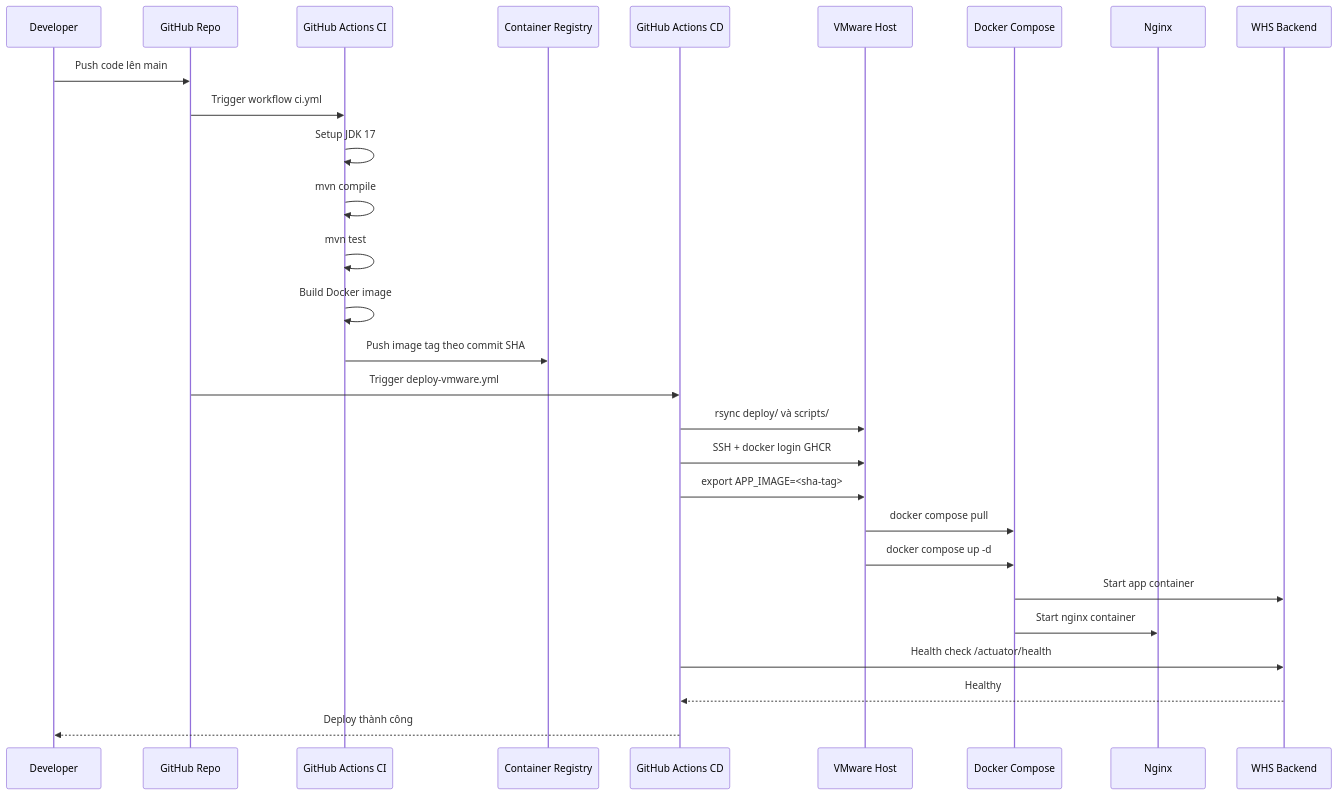
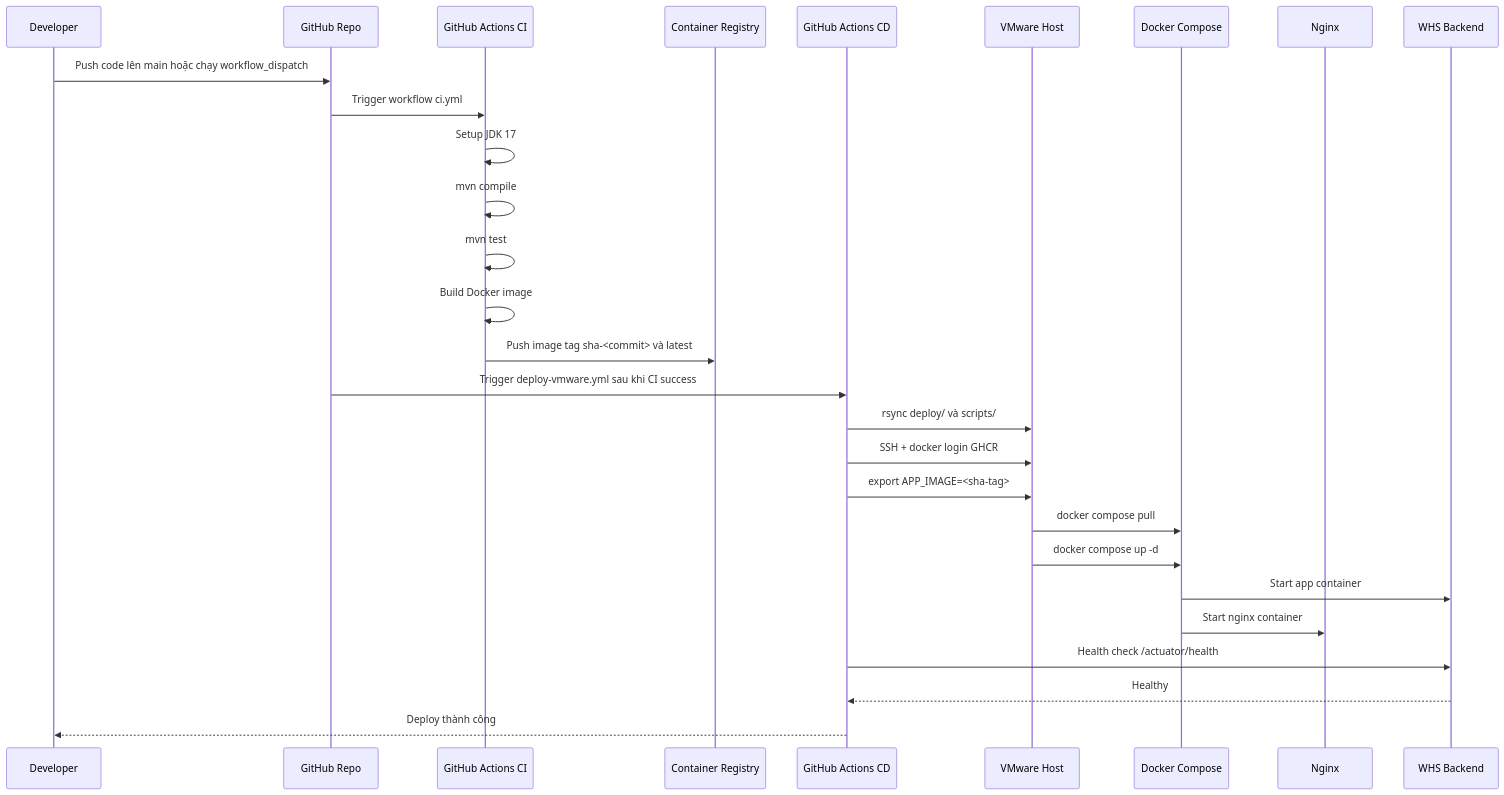
Before and after one commit to UTT-k74HT22/WareHouseSystem-BE: the fifth of 9 diagrams in docs/13-devops-visual-guide.md, drawn with Mermaid. The commit also changed other lines of this file and 10 other files, not shown here.

````diff
--- a/docs/13-devops-visual-guide.md
+++ b/docs/13-devops-visual-guide.md
@@ -202,31 +202,31 @@
 ```mermaid
 sequenceDiagram
     participant Dev as Developer
     participant GitHub as GitHub Repo
     participant CI as GitHub Actions CI
     participant GHCR as Container Registry
     participant CD as GitHub Actions CD
     participant VMware as VMware Host
     participant Compose as Docker Compose
     participant Nginx as Nginx
     participant App as WHS Backend
 
-    Dev->>GitHub: Push code lên main
+    Dev->>GitHub: Push code lên main hoặc chạy workflow_dispatch
     GitHub->>CI: Trigger workflow ci.yml
     CI->>CI: Setup JDK 17
     CI->>CI: mvn compile
     CI->>CI: mvn test
     CI->>CI: Build Docker image
-    CI->>GHCR: Push image tag theo commit SHA
-    GitHub->>CD: Trigger deploy-vmware.yml
+    CI->>GHCR: Push image tag sha-<commit> và latest
+    GitHub->>CD: Trigger deploy-vmware.yml sau khi CI success
     CD->>VMware: rsync deploy/ và scripts/
     CD->>VMware: SSH + docker login GHCR
     CD->>VMware: export APP_IMAGE=<sha-tag>
     VMware->>Compose: docker compose pull
     VMware->>Compose: docker compose up -d
     Compose->>App: Start app container
     Compose->>Nginx: Start nginx container
     CD->>App: Health check /actuator/health
     App-->>CD: Healthy
     CD-->>Dev: Deploy thành công
 ```
````
